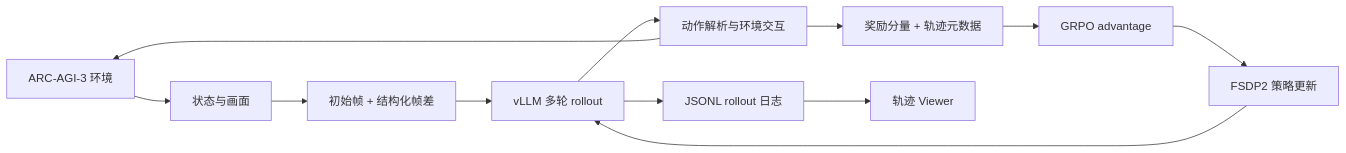
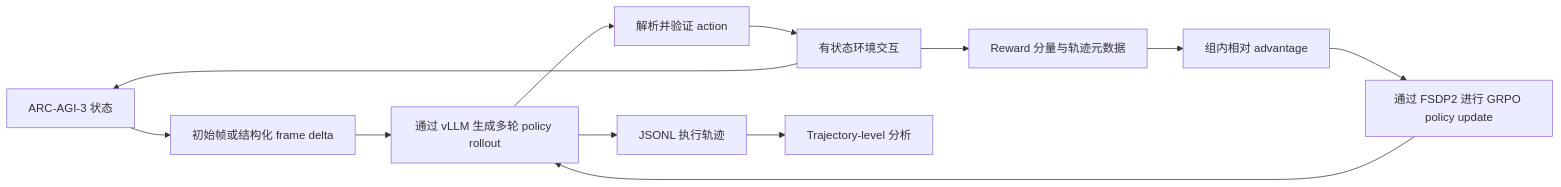
The diagram in README_zh-CN.md (yuran986/arc-agi-3-agent-post-training), drawn with Mermaid before and after one commit. The commit also changed other lines of this file and 1 other file, not shown here.

````diff
--- a/README_zh-CN.md
+++ b/README_zh-CN.md
@@ -58,14 +26,14 @@
 ```mermaid
 flowchart LR
-    A[ARC-AGI-3 环境] --> B[状态与画面]
-    B --> C[初始帧 + 结构化帧差]
-    C --> D[vLLM 多轮 rollout]
-    D --> E[动作解析与环境交互]
+    A[ARC-AGI-3 状态] --> B[初始帧或结构化 frame delta]
+    B --> C[通过 vLLM 生成多轮 policy rollout]
+    C --> D[解析并验证 action]
+    D --> E[有状态环境交互]
     E --> A
-    E --> F[奖励分量 + 轨迹元数据]
-    F --> G[GRPO advantage]
-    G --> H[FSDP2 策略更新]
-    H --> D
-    D --> I[JSONL rollout 日志]
-    I --> J[轨迹 Viewer]
+    E --> F[Reward 分量与轨迹元数据]
+    F --> G[组内相对 advantage]
+    G --> H[通过 FSDP2 进行 GRPO policy update]
+    H --> C
+    C --> I[JSONL 执行轨迹]
+    I --> J[Trajectory-level 分析]
 ```
````
